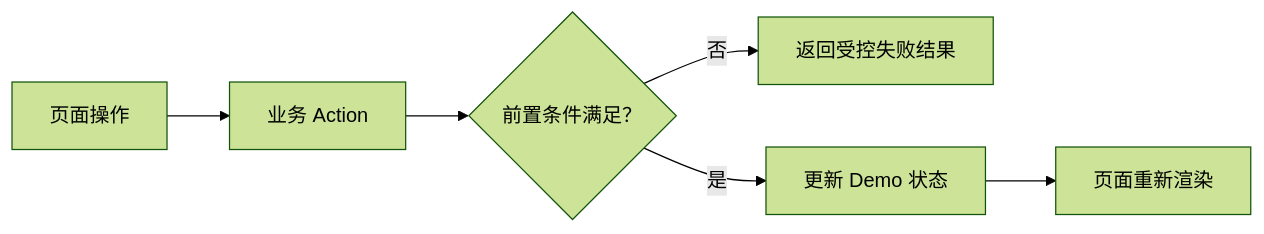
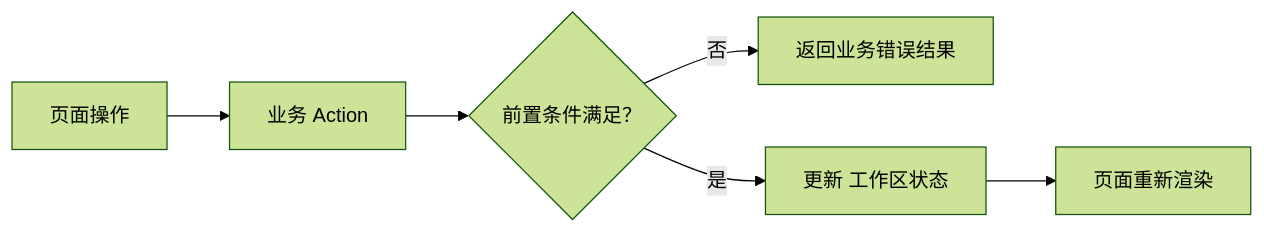
The second of 4 diagrams in careerpass-frontend/docs/architecture/frontend-architecture.md (mingyuexinc/Careerpass), drawn with Mermaid (forest theme) before and after one commit. The commit also changed other lines of this file and 38 other files, not shown here.

````diff
--- a/careerpass-frontend/docs/architecture/frontend-architecture.md
+++ b/careerpass-frontend/docs/architecture/frontend-architecture.md
@@ -245,8 +245,8 @@
 ```mermaid
 flowchart LR
     A["页面操作"] --> B["业务 Action"]
     B --> C{"前置条件满足？"}
-    C -- "否" --> D["返回受控失败结果"]
-    C -- "是" --> E["更新 Demo 状态"]
+    C -- "否" --> D["返回业务错误结果"]
+    C -- "是" --> E["更新 工作区状态"]
     E --> F["页面重新渲染"]
 ```
````
